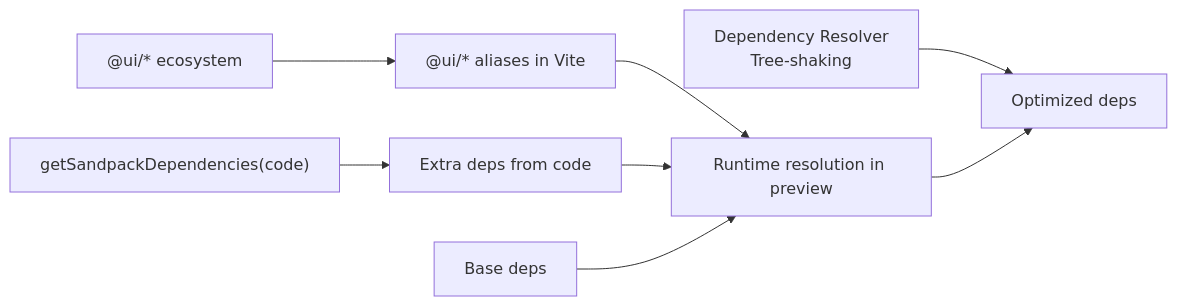
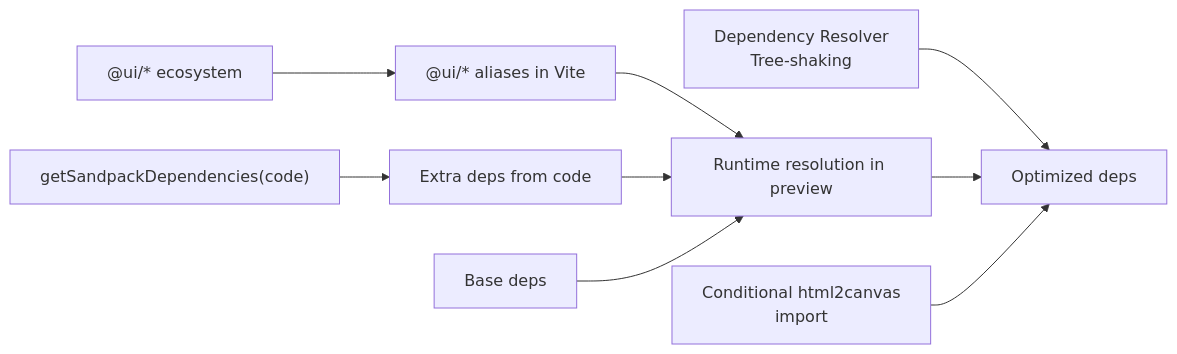
Before and after one commit to shekhargiri005-dotcom/AI-powered-accessibility-first-UI-engine: the ninth of 9 diagrams in .qoder/repowiki/en/content/Live Preview & Development Tools/Sandpack Integration.md, drawn with Mermaid. The commit also changed other lines of this file and 10 other files, not shown here.

````diff
--- a/.qoder/repowiki/en/content/Live Preview & Development Tools/Sandpack Integration.md
+++ b/.qoder/repowiki/en/content/Live Preview & Development Tools/Sandpack Integration.md
@@ -399,10 +446,11 @@
 ```mermaid
 graph LR
 Base["@ui/* ecosystem"] --> Alias["@ui/* aliases in Vite"]
 Alias --> Runtime["Runtime resolution in preview"]
 Detect["getSandpackDependencies(code)"] --> Extras["Extra deps from code"]
 Extras --> Runtime
 BaseDeps["Base deps"] --> Runtime
 TreeShake["Dependency Resolver<br/>Tree-shaking"] --> Optimized["Optimized deps"]
 Runtime --> Optimized
+HC["Conditional html2canvas<br/>import"] --> Optimized
 ```
````
